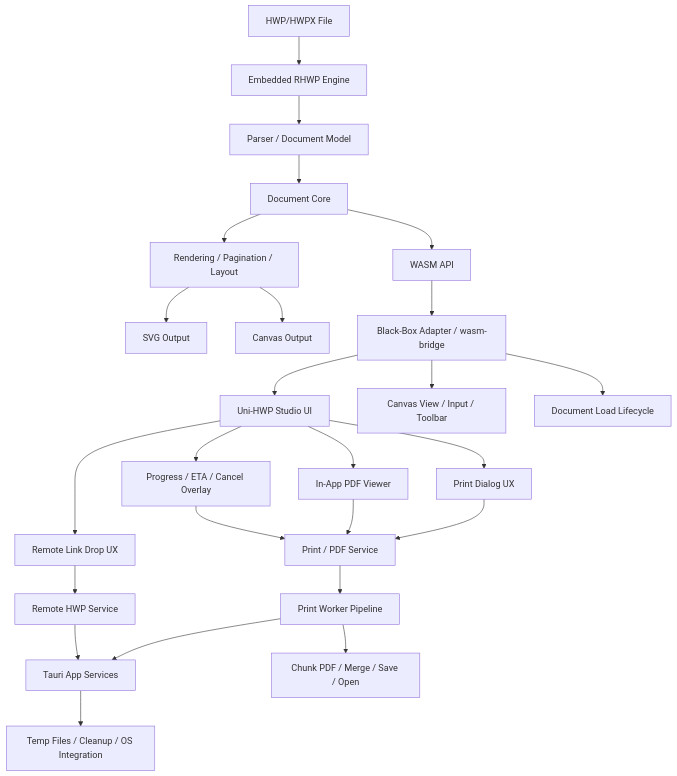
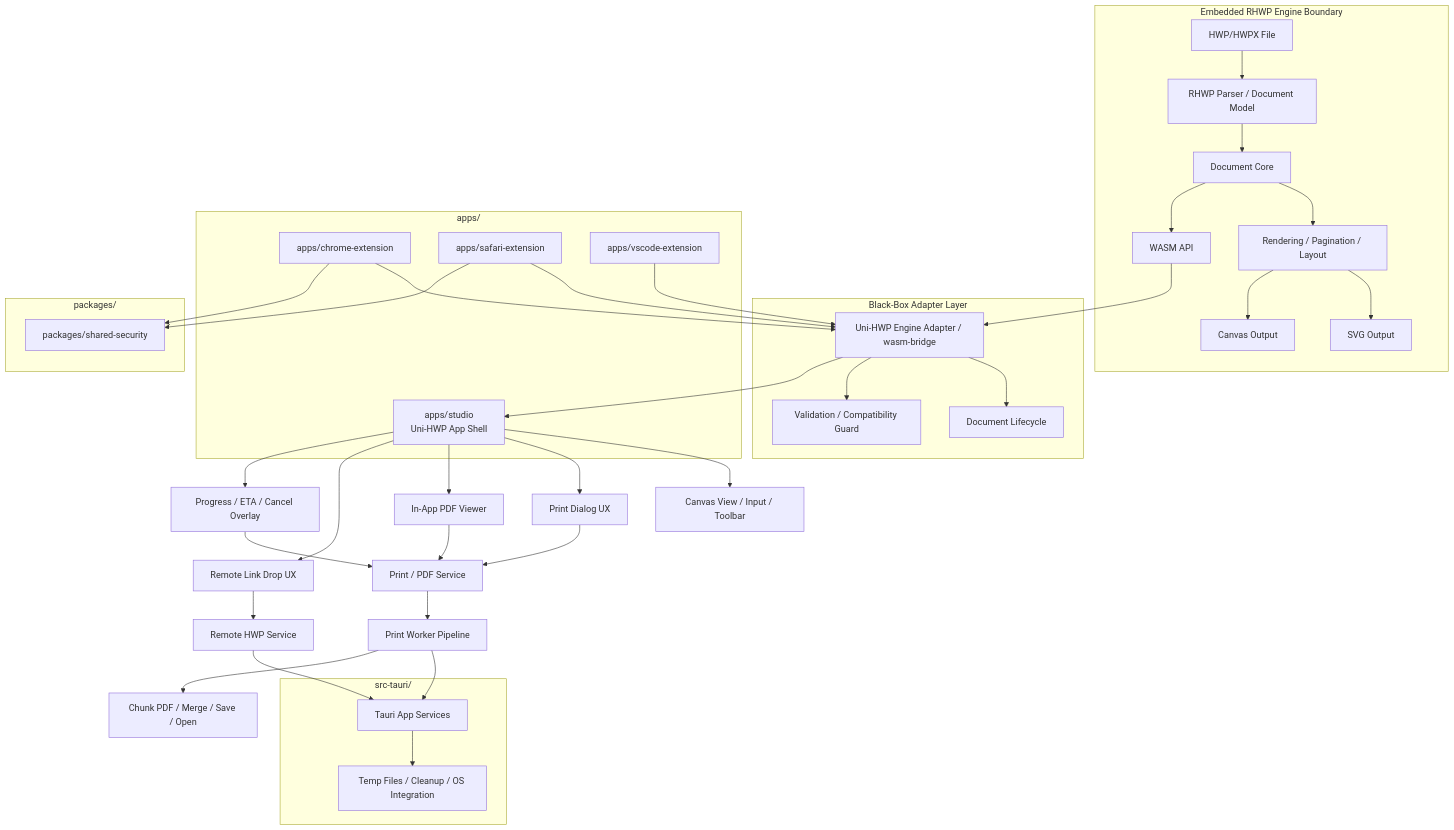
Before and after one commit to seonzzang/uni-hwp: the diagram in README.md, drawn with Mermaid. The commit also changed other lines of this file and 14 other files, not shown here.

````diff
--- a/README.md
+++ b/README.md
@@ -107,33 +113,57 @@
 ```mermaid
 graph TB
-    HWP["HWP/HWPX File"] --> Engine["Embedded RHWP Engine"]
-    Engine --> Parser["Parser / Document Model"]
-    Parser --> Core["Document Core"]
-    Core --> Render["Rendering / Pagination / Layout"]
-    Render --> SVG["SVG Output"]
-    Render --> Canvas["Canvas Output"]
-    Core --> WASM["WASM API"]
+    subgraph EngineBoundary["Embedded RHWP Engine Boundary"]
+        HWP["HWP/HWPX File"] --> Engine["RHWP Parser / Document Model"]
+        Engine --> Core["Document Core"]
+        Core --> Render["Rendering / Pagination / Layout"]
+        Render --> SVG["SVG Output"]
+        Render --> Canvas["Canvas Output"]
+        Core --> WASM["WASM API"]
+    end
 
-    WASM --> Adapter["Black-Box Adapter / wasm-bridge"]
+    subgraph AdapterLayer["Black-Box Adapter Layer"]
+        WASM --> Adapter["Uni-HWP Engine Adapter / wasm-bridge"]
+        Adapter --> Lifecycle["Document Lifecycle"]
+        Adapter --> Validation["Validation / Compatibility Guard"]
+    end
 
-    Adapter --> Studio["Uni-HWP Studio UI"]
-    Adapter --> View["Canvas View / Input / Toolbar"]
-    Adapter --> DocFlow["Document Load Lifecycle"]
+    subgraph Apps["apps/"]
+        Studio["apps/studio<br/>Uni-HWP App Shell"]
+        Chrome["apps/chrome-extension"]
+        Safari["apps/safari-extension"]
+        VSCode["apps/vscode-extension"]
+    end
 
+    subgraph Packages["packages/"]
+        Security["packages/shared-security"]
+    end
+
+    subgraph Desktop["src-tauri/"]
+        Tauri["Tauri App Services"]
+        OS["Temp Files / Cleanup / OS Integration"]
+    end
+
+    Adapter --> Studio
+    Studio --> View["Canvas View / Input / Toolbar"]
     Studio --> PrintDialog["Print Dialog UX"]
     Studio --> PDFViewer["In-App PDF Viewer"]
     Studio --> LinkDrop["Remote Link Drop UX"]
     Studio --> Progress["Progress / ETA / Cancel Overlay"]
+
+    Chrome --> Adapter
+    Safari --> Adapter
+    VSCode --> Adapter
+    Chrome --> Security
+    Safari --> Security
 
     PrintDialog --> PrintService["Print / PDF Service"]
     PDFViewer --> PrintService
     Progress --> PrintService
     LinkDrop --> RemoteService["Remote HWP Service"]
 
     PrintService --> Worker["Print Worker Pipeline"]
-    Worker --> Tauri["Tauri App Services"]
+    Worker --> Tauri
     RemoteService --> Tauri
-
-    Tauri --> Temp["Temp Files / Cleanup / OS Integration"]
+    Tauri --> OS
     Worker --> PDF["Chunk PDF / Merge / Save / Open"]
 ```
````
